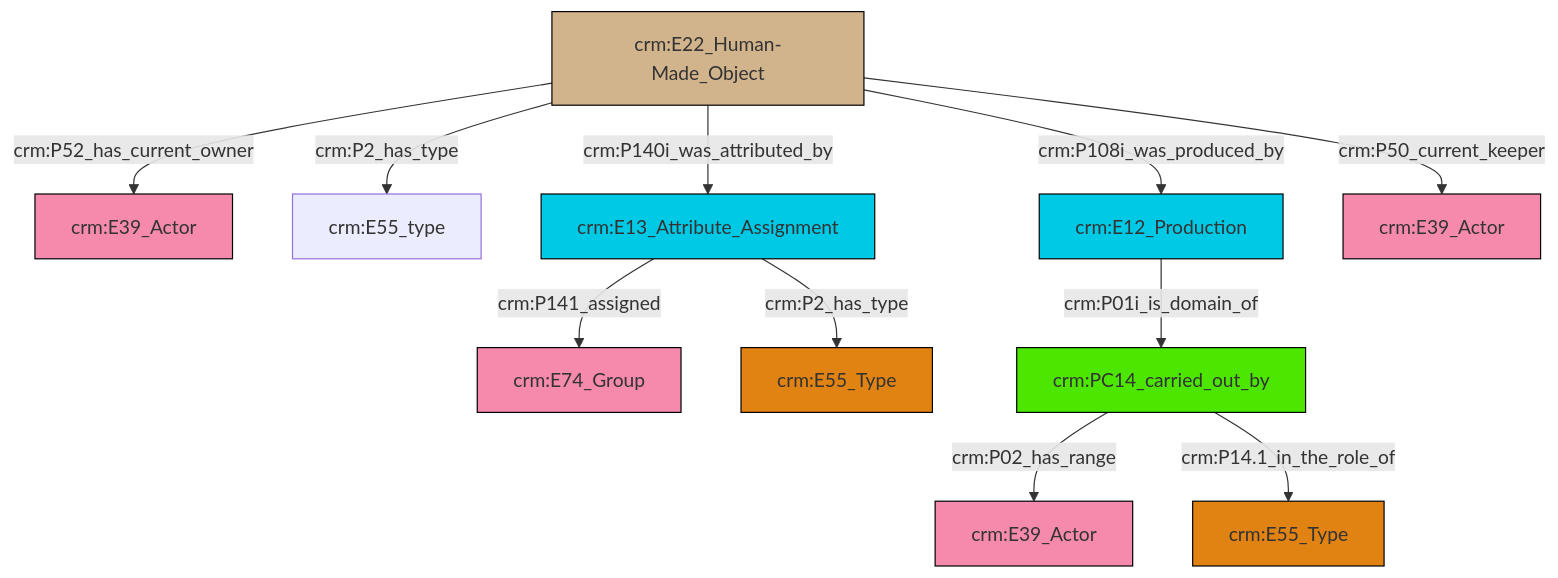
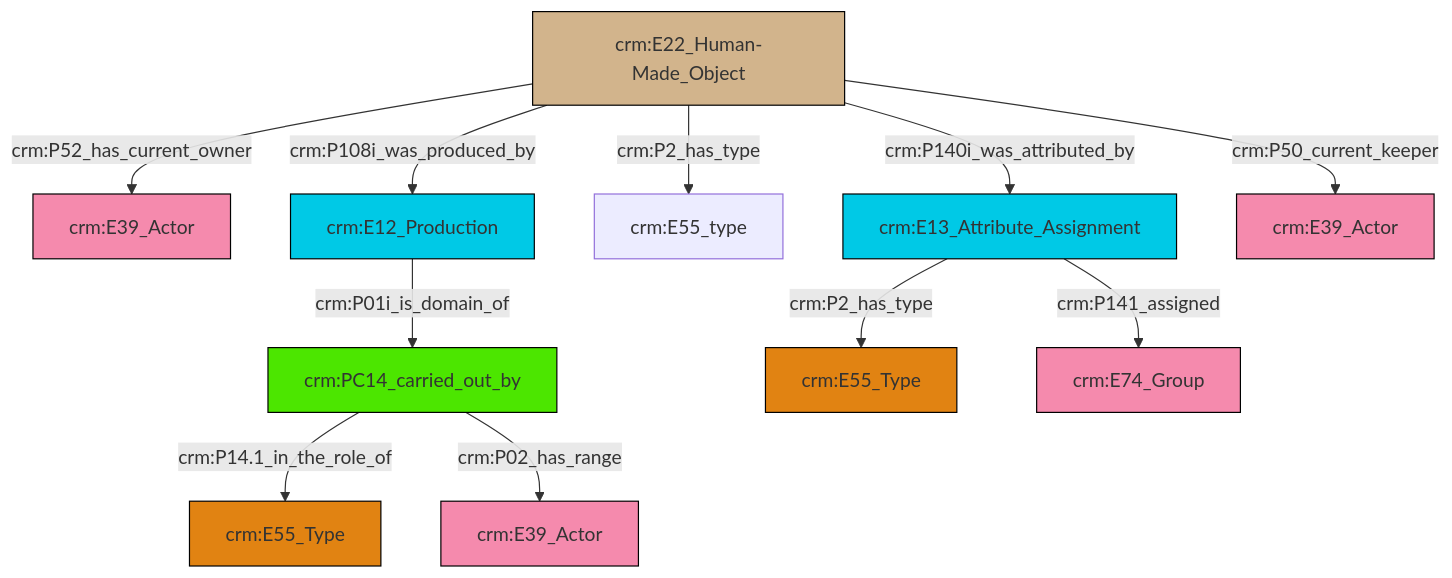
One commit to swiss-art-research-net/reference-data-models changed the diagram in et/artworkCSV/ttl/mmd/Artwork_Actor_Relations.ttl.mmd. Above: the diagram before and after it, drawn with Mermaid. The commit also changed 122 other files, not shown here.

```diff
--- a/et/artworkCSV/ttl/mmd/Artwork_Actor_Relations.ttl.mmd
+++ b/et/artworkCSV/ttl/mmd/Artwork_Actor_Relations.ttl.mmd
@@ -1,25 +1,25 @@
 graph TD
 classDef Literal fill:#f2f2f2,stroke:#000000;
 classDef CRM_Entity fill:#FFFFFF,stroke:#000000;
 classDef Temporal_Entity fill:#00C9E6, stroke:#000000;
 classDef Type fill:#E18312, stroke:#000000;
 classDef Time-Span fill:#2C9C91, stroke:#000000;
 classDef Appellation fill:#FFEB7F, stroke:#000000;
 classDef Place fill:#008836, stroke:#000000;
 classDef Persistent_Item fill:#B266B2, stroke:#000000;
 classDef Conceptual_Object fill:#FFD700, stroke:#000000;
 classDef Physical_Thing fill:#D2B48C, stroke:#000000;
 classDef Actor fill:#f58aad, stroke:#000000;
 classDef PC_Classes fill:#4ce600, stroke:#000000;
 classDef Multi fill:#cccccc,stroke:#000000;
 
-4["crm:E22_Human-Made_Object"]:::Physical_Thing -->|crm:P52_has_current_owner| 5["crm:E39_Actor"]:::Actor
-4["crm:E22_Human-Made_Object"]:::Physical_Thing -->|crm:P2_has_type| 0["crm:E55_type"]:::Default
-4["crm:E22_Human-Made_Object"]:::Physical_Thing -->|crm:P140i_was_attributed_by| 7["crm:E13_Attribute_Assignment"]:::Temporal_Entity
-4["crm:E22_Human-Made_Object"]:::Physical_Thing -->|crm:P108i_was_produced_by| 10["crm:E12_Production"]:::Temporal_Entity
-7["crm:E13_Attribute_Assignment"]:::Temporal_Entity -->|crm:P141_assigned| 11["crm:E74_Group"]:::Actor
-10["crm:E12_Production"]:::Temporal_Entity -->|crm:P01i_is_domain_of| 12["crm:PC14_carried_out_by"]:::PC_Classes
-4["crm:E22_Human-Made_Object"]:::Physical_Thing -->|crm:P50_current_keeper| 8["crm:E39_Actor"]:::Actor
-12["crm:PC14_carried_out_by"]:::PC_Classes -->|crm:P02_has_range| 21["crm:E39_Actor"]:::Actor
-12["crm:PC14_carried_out_by"]:::PC_Classes -->|crm:P14.1_in_the_role_of| 2["crm:E55_Type"]:::Type
-7["crm:E13_Attribute_Assignment"]:::Temporal_Entity -->|crm:P2_has_type| 14["crm:E55_Type"]:::Type
+0["crm:PC14_carried_out_by"]:::PC_Classes -->|crm:P14.1_in_the_role_of| 1["crm:E55_Type"]:::Type
+0["crm:PC14_carried_out_by"]:::PC_Classes -->|crm:P02_has_range| 2["crm:E39_Actor"]:::Actor
+3["crm:E22_Human-Made_Object"]:::Physical_Thing -->|crm:P52_has_current_owner| 4["crm:E39_Actor"]:::Actor
+6["crm:E12_Production"]:::Temporal_Entity -->|crm:P01i_is_domain_of| 0["crm:PC14_carried_out_by"]:::PC_Classes
+3["crm:E22_Human-Made_Object"]:::Physical_Thing -->|crm:P2_has_type| 8["crm:E55_type"]:::Default
+9["crm:E13_Attribute_Assignment"]:::Temporal_Entity -->|crm:P2_has_type| 10["crm:E55_Type"]:::Type
+3["crm:E22_Human-Made_Object"]:::Physical_Thing -->|crm:P108i_was_produced_by| 6["crm:E12_Production"]:::Temporal_Entity
+3["crm:E22_Human-Made_Object"]:::Physical_Thing -->|crm:P50_current_keeper| 13["crm:E39_Actor"]:::Actor
+3["crm:E22_Human-Made_Object"]:::Physical_Thing -->|crm:P140i_was_attributed_by| 9["crm:E13_Attribute_Assignment"]:::Temporal_Entity
+9["crm:E13_Attribute_Assignment"]:::Temporal_Entity -->|crm:P141_assigned| 20["crm:E74_Group"]:::Actor
```
